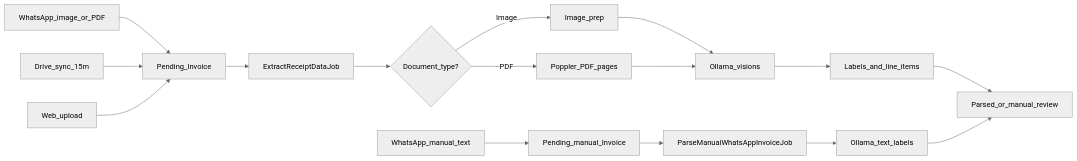
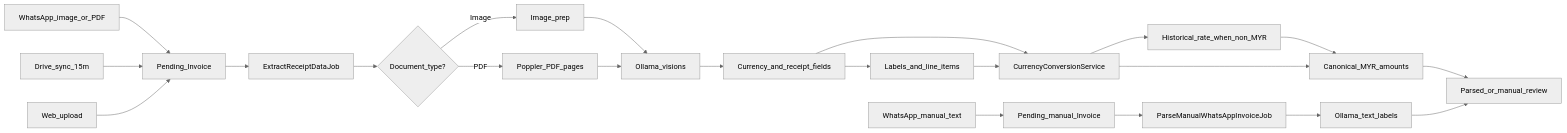
Before and after one commit to Amirul96shafiq/tido: the diagram in README.md, drawn with Mermaid (neutral theme). The commit also changed other lines of this file and 36 other files, not shown here.

First line of the commit message:
feat: integrate historical currency conversion for receipts

````diff
--- a/README.md
+++ b/README.md
@@ -71,18 +73,24 @@
 ```mermaid
 flowchart LR
   waMedia[WhatsApp_image_or_PDF] --> pending[Pending_Invoice]
   waText[WhatsApp_manual_text] --> pendingManual[Pending_manual_Invoice]
   drive[Drive_sync_15m] --> pending
   upload[Web_upload] --> pending
   pending --> job[ExtractReceiptDataJob]
   job --> prepChoice{Document_type?}
   prepChoice -->|Image| imagePrep[Image_prep]
   prepChoice -->|PDF| pdfPages[Poppler_PDF_pages]
   imagePrep --> ollama[Ollama_visions]
   pdfPages --> ollama
-  ollama --> items[Labels_and_line_items]
-  items --> review[Parsed_or_manual_review]
+  ollama --> extracted[Currency_and_receipt_fields]
+  extracted --> items[Labels_and_line_items]
+  extracted --> convert[CurrencyConversionService]
+  items --> convert
+  convert --> rate[Historical_rate_when_non_MYR]
+  rate --> canonical[Canonical_MYR_amounts]
+  convert --> canonical
+  canonical --> review[Parsed_or_manual_review]
   pendingManual --> labelJob[ParseManualWhatsAppInvoiceJob]
   labelJob --> ollamaText[Ollama_text_labels]
   ollamaText --> review
 ```
````
